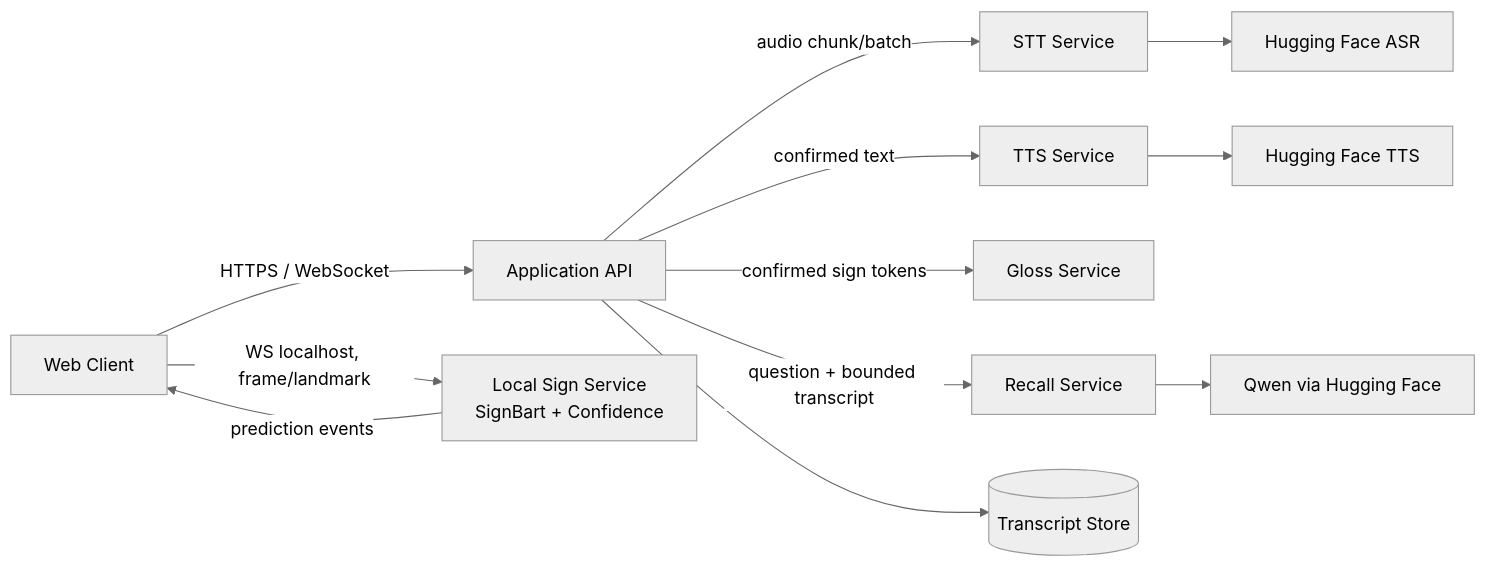
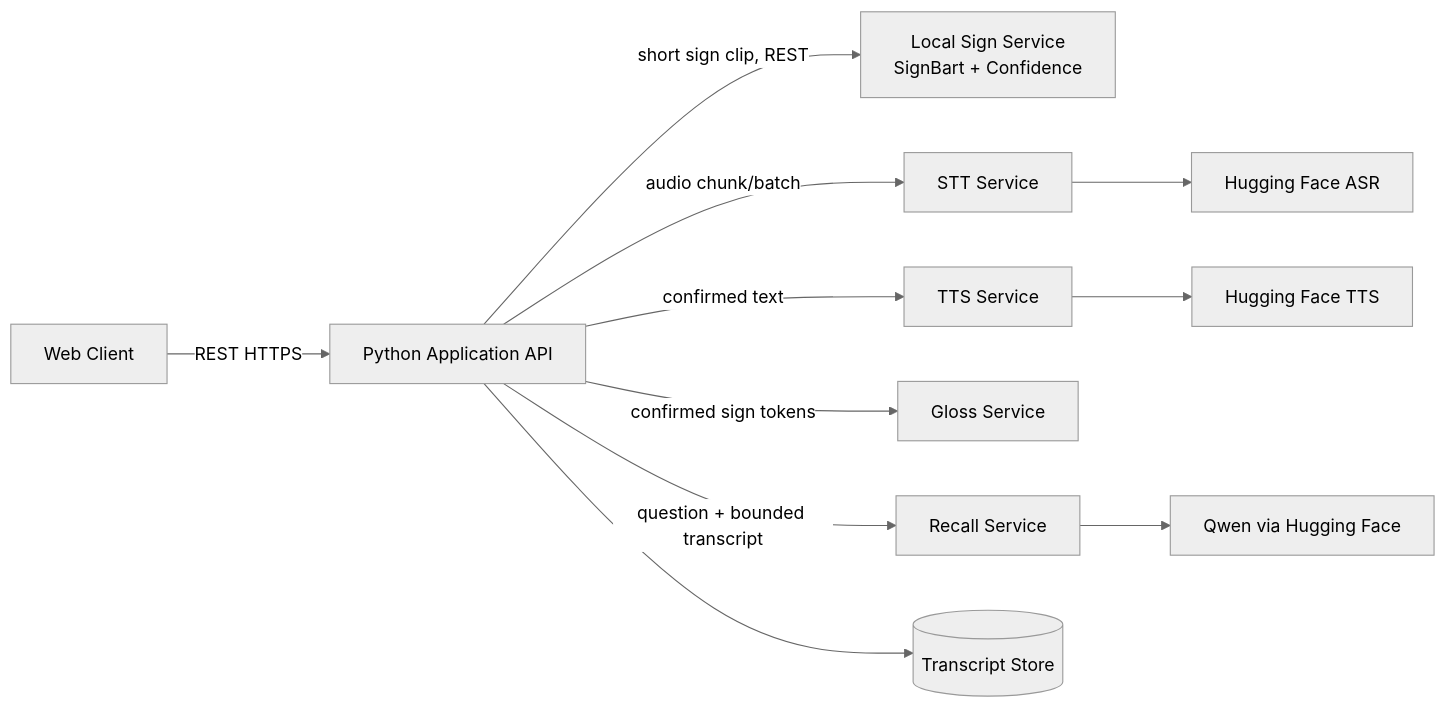
One commit to Matthew12-t/signlang-ai-trial changed the diagram in isyara-ai-services-design.md. Above: the diagram before and after it, drawn with Mermaid (neutral theme). The commit also changed other lines of this file, not shown here.

````diff
--- a/isyara-ai-services-design.md
+++ b/isyara-ai-services-design.md
@@ -40,17 +40,16 @@
 ```mermaid
 flowchart LR
-    UI[Web Client] -->|HTTPS / WebSocket| APP[Application API]
-    UI -->|WS localhost, frame/landmark| SIGN[Local Sign Service\nSignBart + Confidence]
-    SIGN -->|prediction events| UI
+    UI[Web Client] -->|REST HTTPS| APP[Python Application API]
 
+    APP -->|short sign clip, REST| SIGN[Local Sign Service\nSignBart + Confidence]
     APP -->|audio chunk/batch| STT[STT Service]
     APP -->|confirmed text| TTS[TTS Service]
     APP -->|confirmed sign tokens| GLOSS[Gloss Service]
     APP -->|question + bounded transcript| RECALL[Recall Service]
 
     STT --> HFSTT[Hugging Face ASR]
     TTS --> HFTTS[Hugging Face TTS]
     RECALL --> QWEN[Qwen via Hugging Face]
 
     APP --> STORE[(Transcript Store)]
 ```
````
